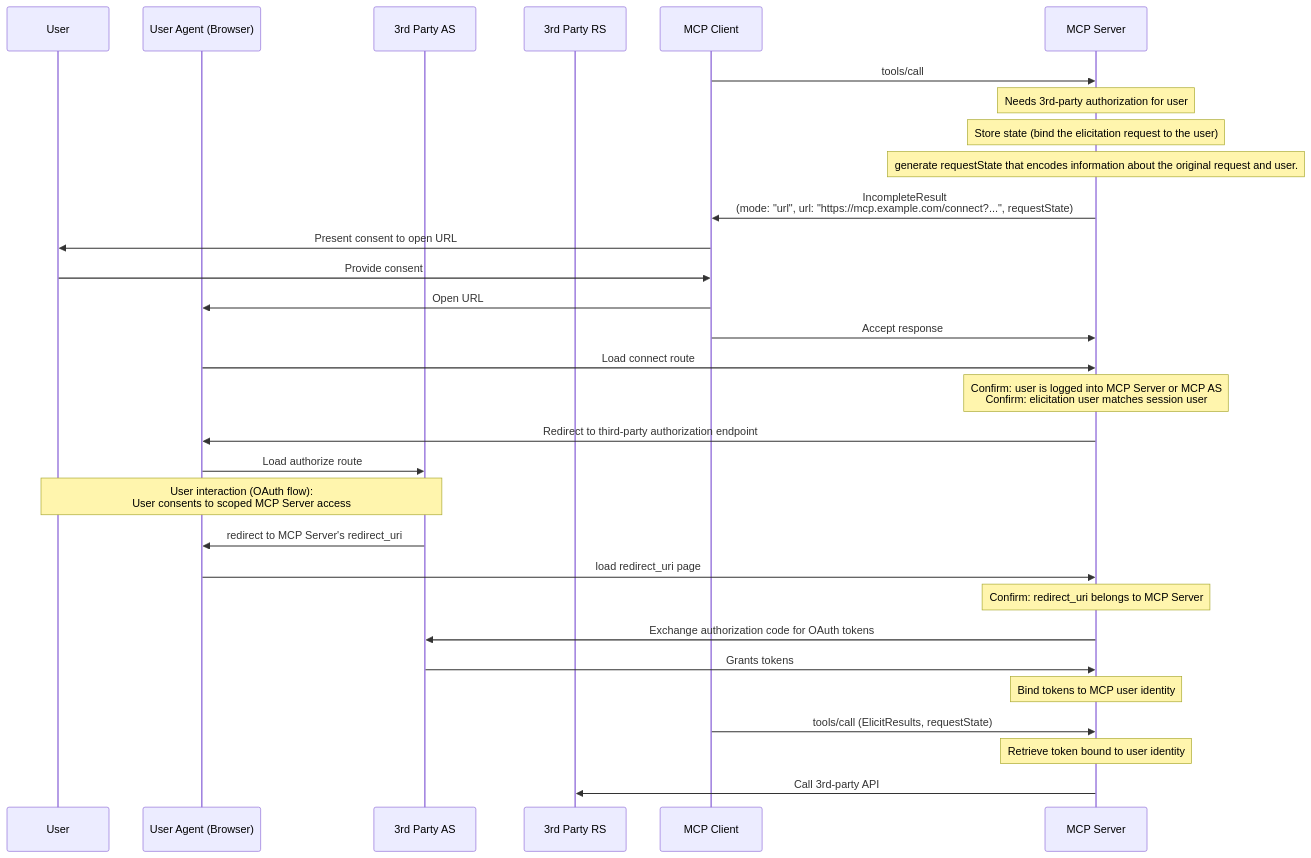
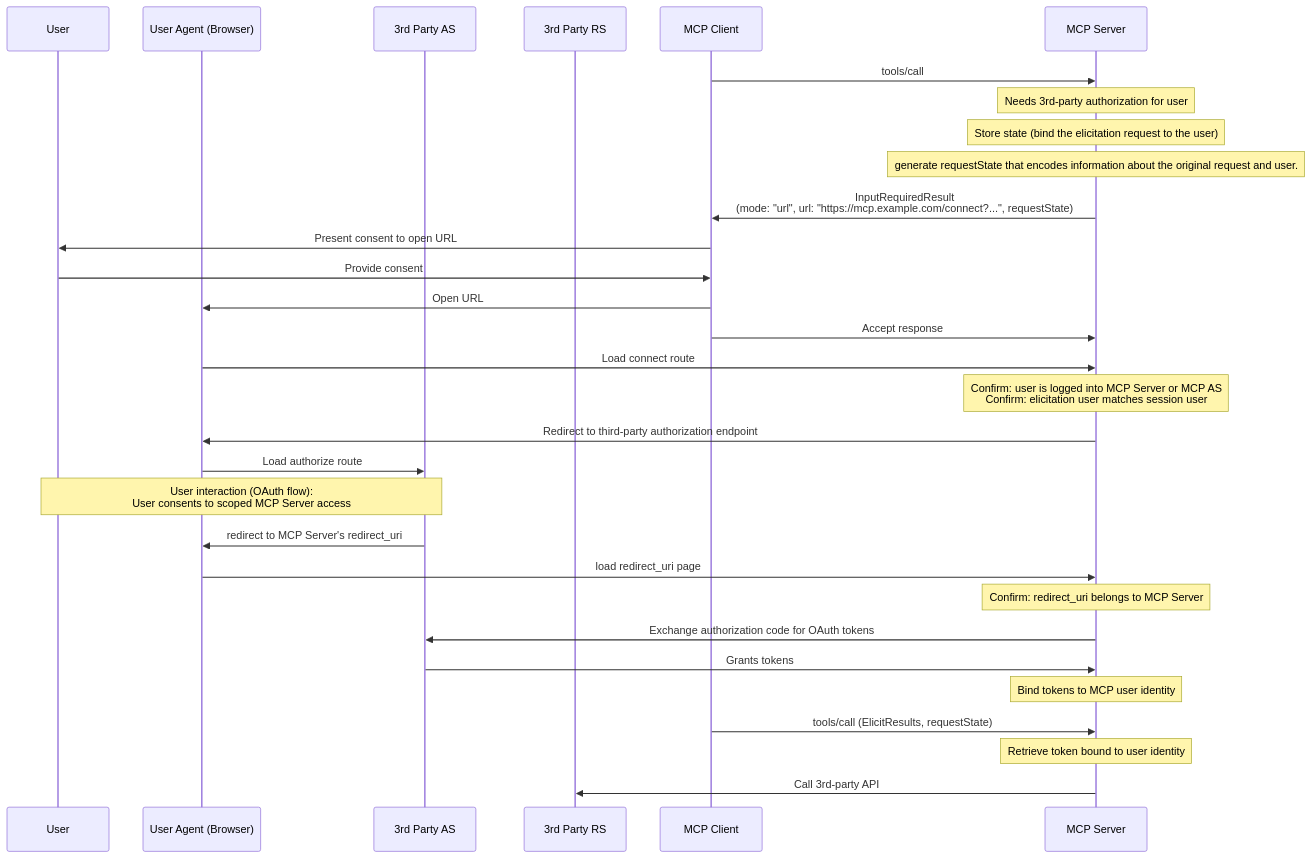
One commit to modelcontextprotocol/modelcontextprotocol changed the third of 3 diagrams in docs/specification/draft/client/elicitation.mdx. Above: the diagram before and after it, drawn with Mermaid. The commit also changed other lines of this file and 14 other files, not shown here.

First line of the commit message:
rename IncompleteResult to InputRequiredResult (#19)

````diff
--- a/docs/specification/draft/client/elicitation.mdx
+++ b/docs/specification/draft/client/elicitation.mdx
@@ -609,35 +609,35 @@
 ```mermaid
 sequenceDiagram
     participant User
     participant UserAgent as User Agent (Browser)
     participant 3AS as 3rd Party AS
     participant 3RS as 3rd Party RS
     participant Client as MCP Client
     participant Server as MCP Server
 
     Client->>Server: tools/call
     Note over Server: Needs 3rd-party authorization for user
     Note over Server: Store state (bind the elicitation request to the user)
     Note over Server: generate requestState that encodes information about the original request and user.
-    Server->>Client: IncompleteResult<br/>(mode: "url", url: "https://mcp.example.com/connect?...", requestState)
+    Server->>Client: InputRequiredResult<br/>(mode: "url", url: "https://mcp.example.com/connect?...", requestState)
 
     Client->>User: Present consent to open URL
     User->>Client: Provide consent
     Client->>UserAgent: Open URL
     Client->>Server: Accept response
     UserAgent->>Server: Load connect route
 
     Note over Server: Confirm: user is logged into MCP Server or MCP AS<br>Confirm: elicitation user matches session user
     Server->>UserAgent: Redirect to third-party authorization endpoint
     UserAgent->>3AS: Load authorize route
     Note over 3AS,User: User interaction (OAuth flow):<br>User consents to scoped MCP Server access
     3AS->>UserAgent: redirect to MCP Server's redirect_uri
     UserAgent->>Server: load redirect_uri page
     Note over Server: Confirm: redirect_uri belongs to MCP Server
     Server->>3AS: Exchange authorization code for  OAuth tokens
     3AS->>Server: Grants tokens
     Note over Server: Bind tokens to MCP user identity
     Client->>Server: tools/call (ElicitResults, requestState)
     Note over Server: Retrieve token bound to user identity
     Server->>3RS: Call 3rd-party API
 ```
````
